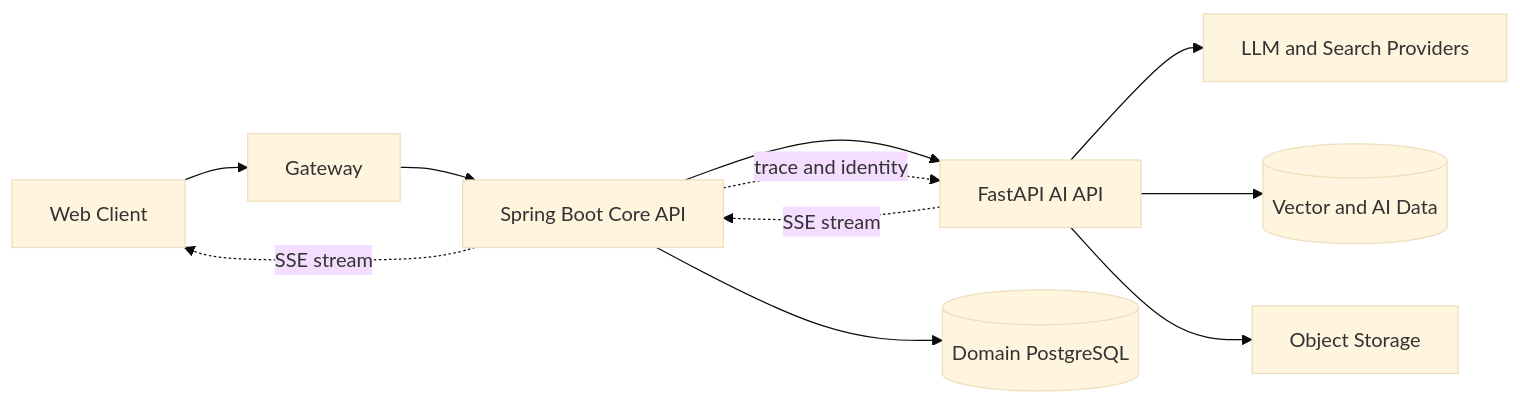
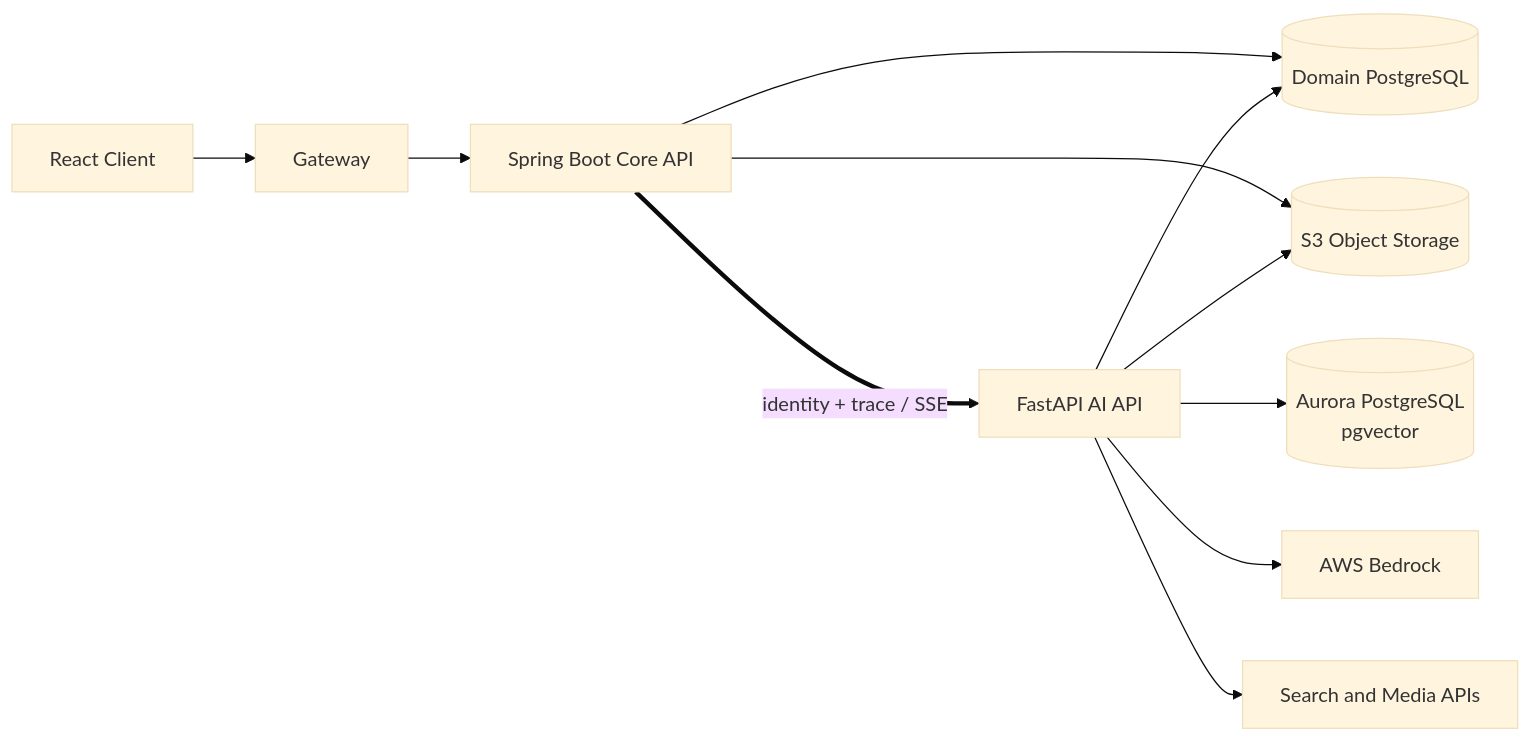
One commit to dudgus197493/dudgus197493 changed the first of 5 diagrams in STORY.md. Above: the diagram before and after it, drawn with Mermaid (base theme). The commit also changed other lines of this file, not shown here.

````diff
--- a/STORY.md
+++ b/STORY.md
@@ -75,13 +92,13 @@
 ```mermaid
 flowchart LR
-    U[Web Client] --> N[Gateway]
-    N --> C[Spring Boot Core API]
-    C --> A[FastAPI AI API]
-    A --> L[LLM and Search Providers]
+    U[React Client] --> G[Gateway]
+    G --> C[Spring Boot Core API]
     C --> D[(Domain PostgreSQL)]
-    A --> V[(Vector and AI Data)]
-    A --> S[Object Storage]
-    C -. trace and identity .-> A
-    A -. SSE stream .-> C
-    C -. SSE stream .-> U
+    C --> S[(S3 Object Storage)]
+    C == identity + trace / SSE ==> A[FastAPI AI API]
+    A --> D
+    A --> V[(Aurora PostgreSQL<br/>pgvector)]
+    A --> S
+    A --> B[AWS Bedrock]
+    A --> X[Search and Media APIs]
 ```
````
